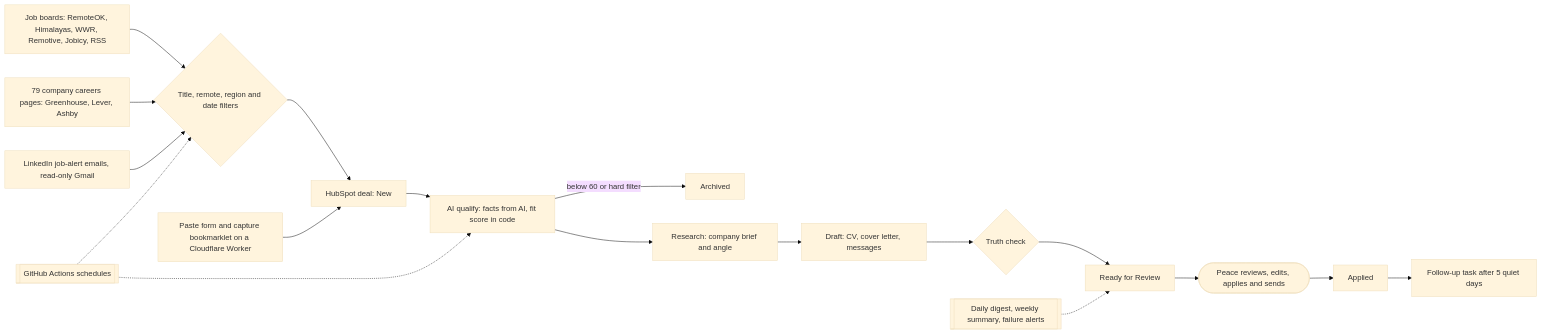
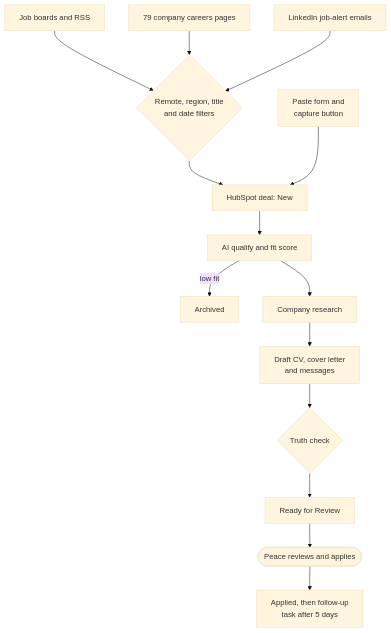
The diagram in README.md (Uzzy-Nunu/gtm-job-engine), drawn with Mermaid (base theme) before and after one commit. The commit also changed other lines of this file, not shown here.

Commit message:
README: make the architecture diagram readable (top-down layout)

````diff
--- a/README.md
+++ b/README.md
@@ -19,20 +19,16 @@
 ```mermaid
-flowchart LR
-    A1["Job boards: RemoteOK, Himalayas, WWR, Remotive, Jobicy, RSS"] --> F
-    A2["79 company careers pages: Greenhouse, Lever, Ashby"] --> F
-    A3["LinkedIn job-alert emails, read-only Gmail"] --> F
-    F{"Title, remote, region and date filters"} --> N
-    A4["Paste form and capture bookmarklet on a Cloudflare Worker"] --> N
-    N["HubSpot deal: New"] --> Q["AI qualify: facts from AI, fit score in code"]
-    Q -->|"below 60 or hard filter"| X["Archived"]
-    Q --> R["Research: company brief and angle"]
-    R --> D["Draft: CV, cover letter, messages"]
+flowchart TD
+    A1["Job boards and RSS"] --> F
+    A2["79 company careers pages"] --> F
+    A3["LinkedIn job-alert emails"] --> F
+    F{"Remote, region, title<br/>and date filters"} --> N
+    A4["Paste form and<br/>capture button"] --> N
+    N["HubSpot deal: New"] --> Q["AI qualify and fit score"]
+    Q -->|"low fit"| X["Archived"]
+    Q --> R["Company research"]
+    R --> D["Draft CV, cover letter<br/>and messages"]
     D --> T{"Truth check"}
     T --> RR["Ready for Review"]
-    RR --> H(["Peace reviews, edits, applies and sends"])
-    H --> AP["Applied"]
-    AP --> FU["Follow-up task after 5 quiet days"]
-    S[["GitHub Actions schedules"]] -.-> F
-    S -.-> Q
-    M[["Daily digest, weekly summary, failure alerts"]] -.-> RR
+    RR --> H(["Peace reviews and applies"])
+    H --> AP["Applied, then follow-up<br/>task after 5 days"]
 ```
````
